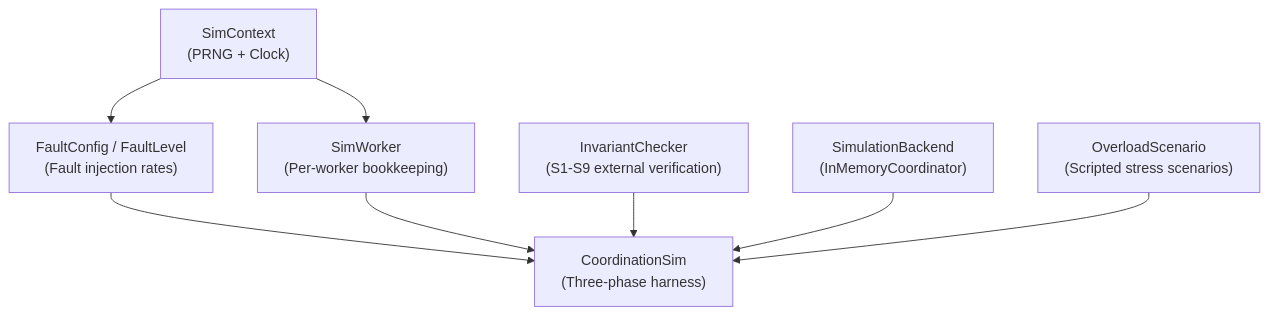
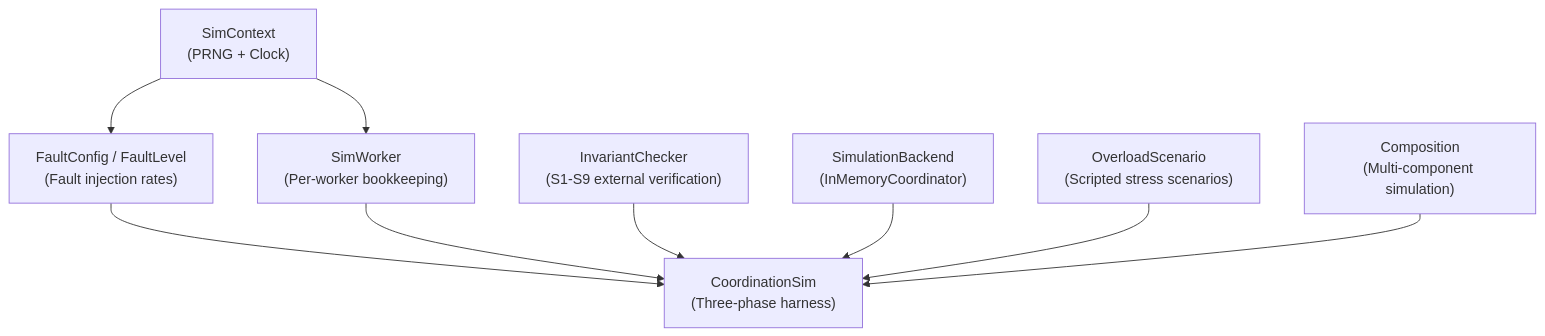
One commit to ahrav/gossip-rs-learning-guide changed the first of 3 diagrams in 08-cross-cutting/05-deterministic-simulation-testing.md. Above: the diagram before and after it, drawn with Mermaid. The commit also changed other lines of this file and 10 other files, not shown here.

````diff
--- a/08-cross-cutting/05-deterministic-simulation-testing.md
+++ b/08-cross-cutting/05-deterministic-simulation-testing.md
@@ -153,10 +153,11 @@
 ```mermaid
 graph TD
     A["SimContext<br/>(PRNG + Clock)"] --> B["FaultConfig / FaultLevel<br/>(Fault injection rates)"]
     A --> C["SimWorker<br/>(Per-worker bookkeeping)"]
     B --> D["CoordinationSim<br/>(Three-phase harness)"]
     C --> D
     E["InvariantChecker<br/>(S1-S9 external verification)"] --> D
     F["SimulationBackend<br/>(InMemoryCoordinator)"] --> D
     G["OverloadScenario<br/>(Scripted stress scenarios)"] --> D
+    H["Composition<br/>(Multi-component simulation)"] --> D
 ```
````
